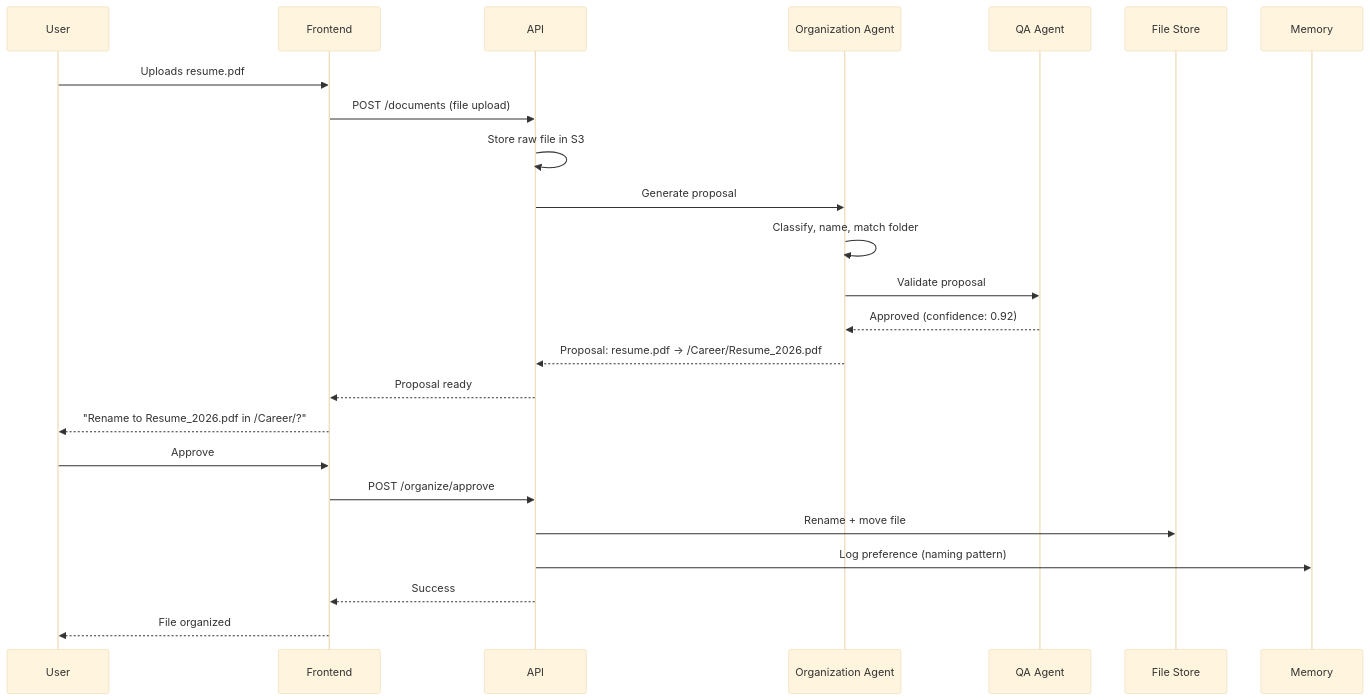
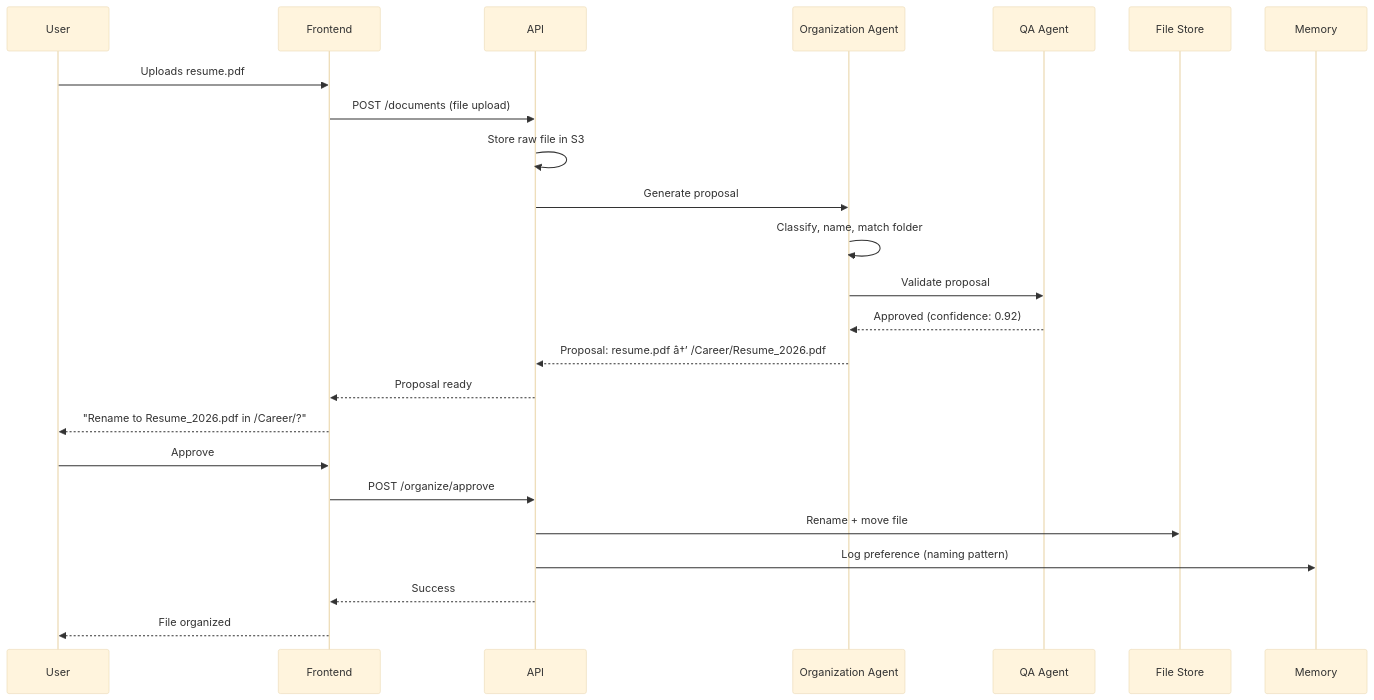
Before and after one commit to Driftloom/Vaeloom: the second of 2 diagrams in Docs/Product/Feature-Specs/Auto-Organization.md, drawn with Mermaid (base theme). The commit also changed other lines of this file and 249 other files, not shown here.

````diff
--- a/Docs/Product/Feature-Specs/Auto-Organization.md
+++ b/Docs/Product/Feature-Specs/Auto-Organization.md
@@ -211,27 +211,27 @@
 ```mermaid
 sequenceDiagram
     participant U as User
     participant FE as Frontend
     participant API as API
     participant OA as Organization Agent
     participant QA as QA Agent
     participant FS as File Store
     participant MEM as Memory
 
     U->>FE: Uploads resume.pdf
     FE->>API: POST /documents (file upload)
     API->>API: Store raw file in S3
     API->>OA: Generate proposal
     OA->>OA: Classify, name, match folder
     OA->>QA: Validate proposal
     QA-->>OA: Approved (confidence: 0.92)
-    OA-->>API: Proposal: resume.pdf → /Career/Resume_2026.pdf
+    OA-->>API: Proposal: resume.pdf â†’ /Career/Resume_2026.pdf
     API-->>FE: Proposal ready
     FE-->>U: "Rename to Resume_2026.pdf in /Career/?"
     U->>FE: Approve
     FE->>API: POST /organize/approve
     API->>FS: Rename + move file
     API->>MEM: Log preference (naming pattern)
     API-->>FE: Success
     FE-->>U: File organized
 ```
````
